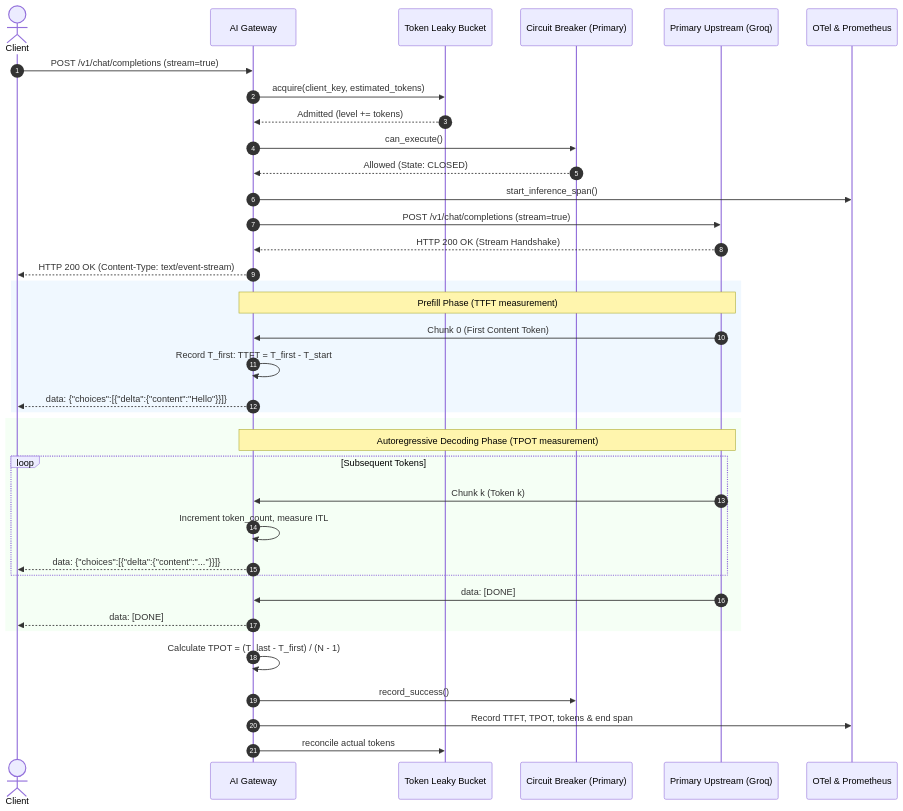
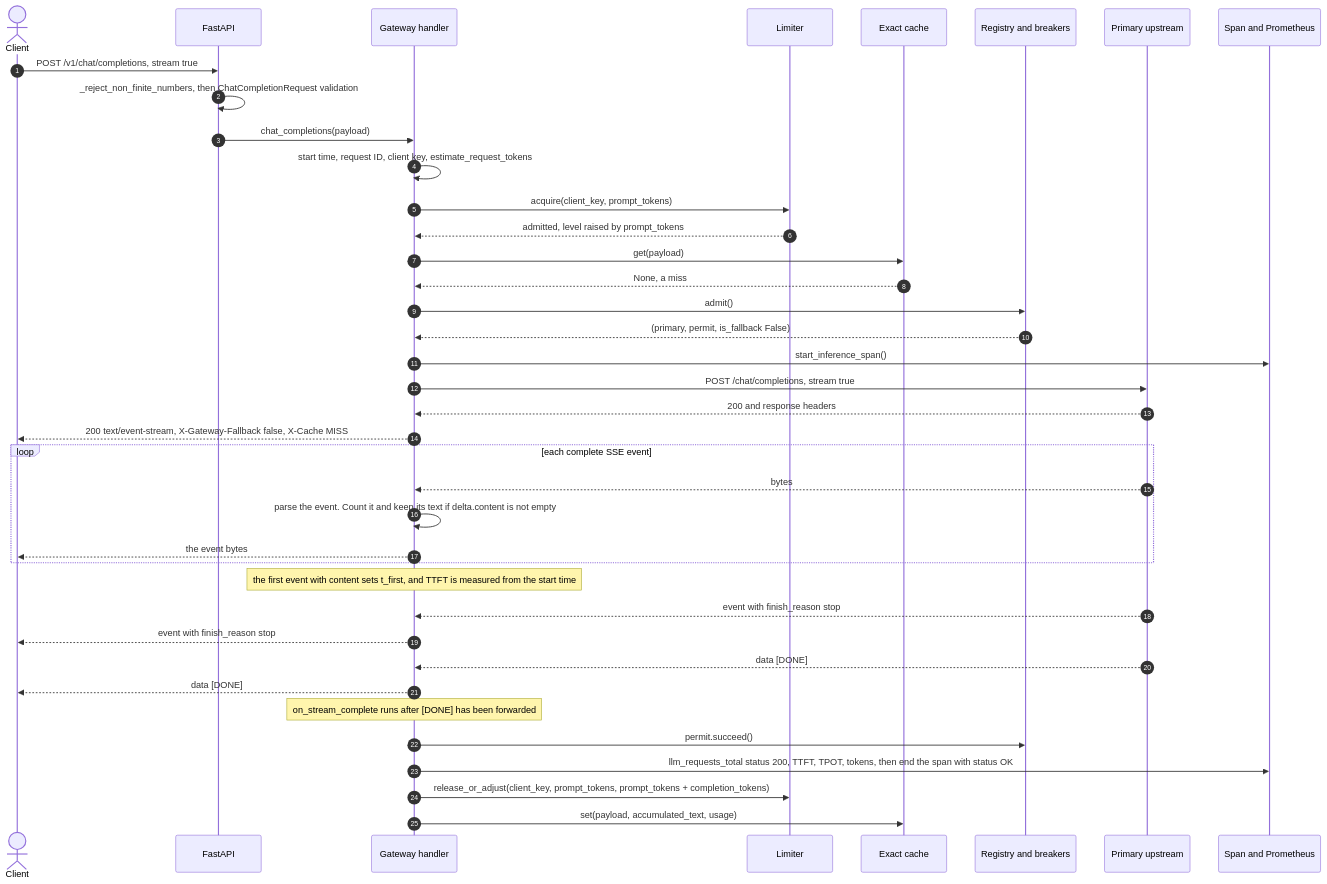
The first of 6 diagrams in WORKFLOW_AND_LIFECYCLE.md (OmChauhan9/ai-gateway-streaming), drawn with Mermaid before and after one commit. The commit also changed other lines of this file, not shown here.

````diff
--- a/WORKFLOW_AND_LIFECYCLE.md
+++ b/WORKFLOW_AND_LIFECYCLE.md
@@ -169,43 +195,42 @@
 ```mermaid
 sequenceDiagram
     autonumber
     actor Client
-    participant GW as AI Gateway
-    participant Limiter as Token Leaky Bucket
-    participant CB as Circuit Breaker (Primary)
-    participant Upstream as Primary Upstream (Groq)
-    participant Telemetry as OTel & Prometheus
+    participant FA as FastAPI
+    participant GW as Gateway handler
+    participant Lim as Limiter
+    participant Cache as Exact cache
+    participant Reg as Registry and breakers
+    participant Pri as Primary upstream
+    participant Tel as Span and Prometheus
 
-    Client->>GW: POST /v1/chat/completions (stream=true)
-    GW->>Limiter: acquire(client_key, estimated_tokens)
-    Limiter-->>GW: Admitted (level += tokens)
-    GW->>CB: can_execute()
-    CB-->>GW: Allowed (State: CLOSED)
-    GW->>Telemetry: start_inference_span()
-    GW->>Upstream: POST /v1/chat/completions (stream=true)
-    Upstream-->>GW: HTTP 200 OK (Stream Handshake)
-    GW-->>Client: HTTP 200 OK (Content-Type: text/event-stream)
-    
-    rect rgb(240, 248, 255)
-        note over GW,Upstream: Prefill Phase (TTFT measurement)
-        Upstream->>GW: Chunk 0 (First Content Token)
-        GW->>GW: Record T_first: TTFT = T_first - T_start
-        GW-->>Client: data: {"choices":[{"delta":{"content":"Hello"}}]}
+    Client->>FA: POST /v1/chat/completions, stream true
+    FA->>FA: _reject_non_finite_numbers, then ChatCompletionRequest validation
+    FA->>GW: chat_completions(payload)
+    GW->>GW: start time, request ID, client key, estimate_request_tokens
+    GW->>Lim: acquire(client_key, prompt_tokens)
+    Lim-->>GW: admitted, level raised by prompt_tokens
+    GW->>Cache: get(payload)
+    Cache-->>GW: None, a miss
+    GW->>Reg: admit()
+    Reg-->>GW: (primary, permit, is_fallback False)
+    GW->>Tel: start_inference_span()
+    GW->>Pri: POST /chat/completions, stream true
+    Pri-->>GW: 200 and response headers
+    GW-->>Client: 200 text/event-stream, X-Gateway-Fallback false, X-Cache MISS
+    loop each complete SSE event
+        Pri-->>GW: bytes
+        GW->>GW: parse the event. Count it and keep its text if delta.content is not empty
+        GW-->>Client: the event bytes
     end
-
-    rect rgb(245, 255, 245)
-        note over GW,Upstream: Autoregressive Decoding Phase (TPOT measurement)
-        loop Subsequent Tokens
-            Upstream->>GW: Chunk k (Token k)
-            GW->>GW: Increment token_count, measure ITL
-            GW-->>Client: data: {"choices":[{"delta":{"content":"..."}}]}
-        end
-        Upstream->>GW: data: [DONE]
-        GW-->>Client: data: [DONE]
-    end
-
-    GW->>GW: Calculate TPOT = (T_last - T_first) / (N - 1)
-    GW->>CB: record_success()
-    GW->>Telemetry: Record TTFT, TPOT, tokens & end span
-    GW->>Limiter: reconcile actual tokens
+    Note over GW: the first event with content sets t_first, and TTFT is measured from the start time
+    Pri-->>GW: event with finish_reason stop
+    GW-->>Client: event with finish_reason stop
+    Pri-->>GW: data [DONE]
+    GW-->>Client: data [DONE]
+    Note over GW: on_stream_complete runs after [DONE] has been forwarded
+    GW->>Reg: permit.succeed()
+    GW->>Tel: llm_requests_total status 200, TTFT, TPOT, tokens, then end the span with status OK
+    GW->>Lim: release_or_adjust(client_key, prompt_tokens, prompt_tokens + completion_tokens)
+    GW->>Cache: set(payload, accumulated_text, usage)
 ```
````
